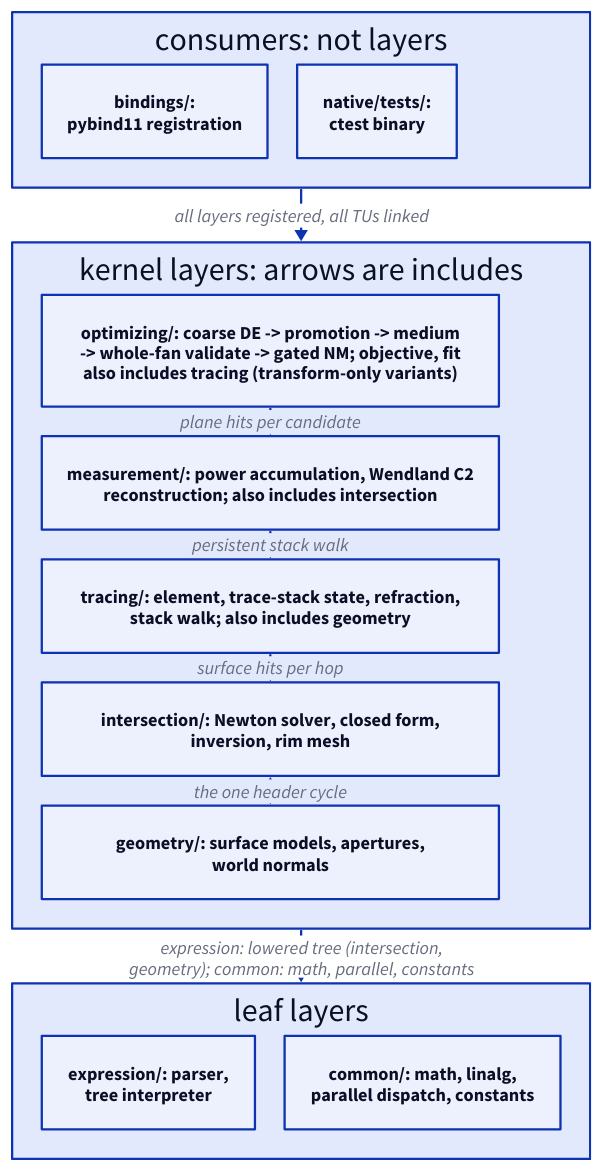
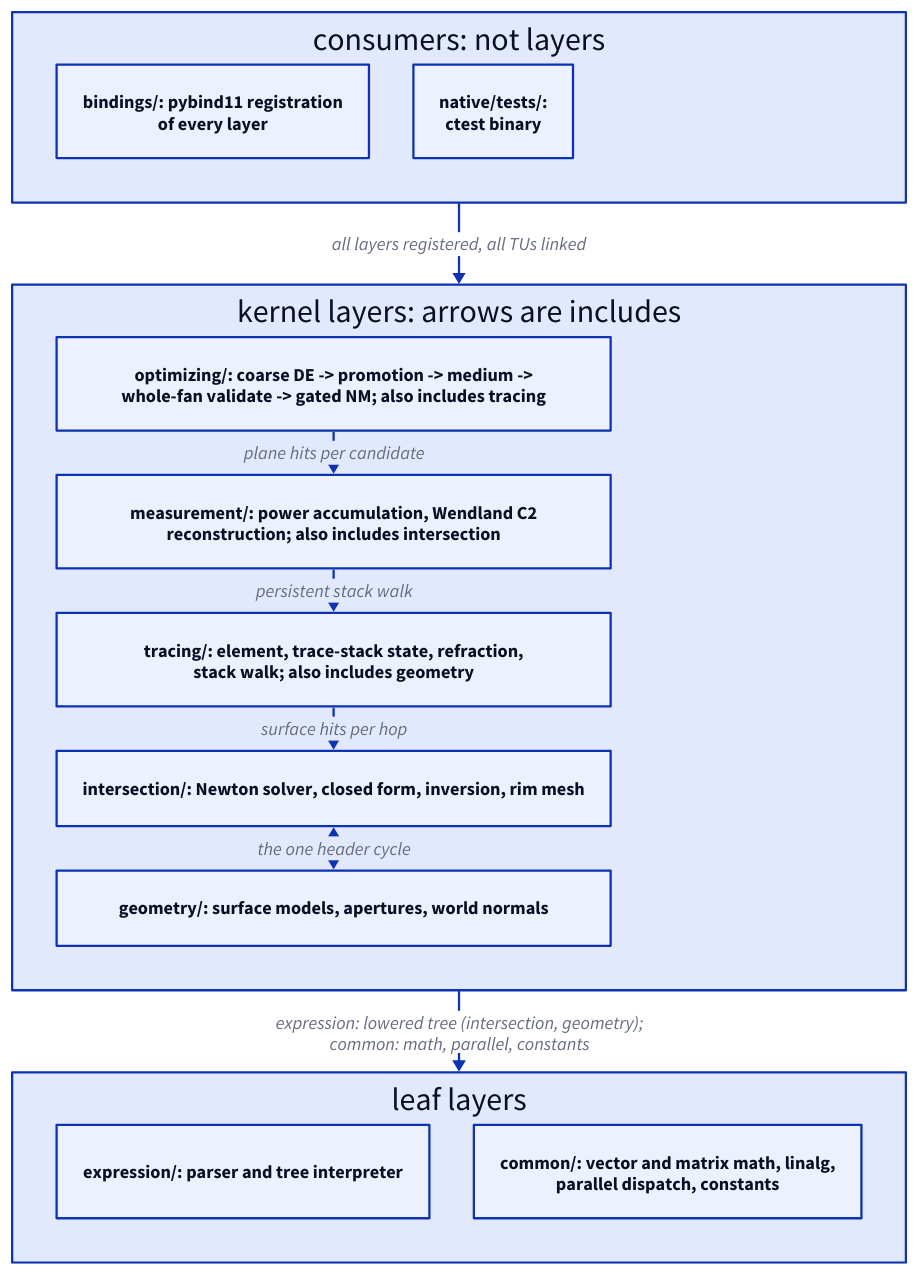
Before and after one commit to propane865/OpticsSimulator: the diagram in docs/diagrams/native-modules.d2, drawn with D2. The commit also changed 11 other files, not shown here.

Commit message:
docs: rescale diagrams

```diff
--- a/docs/diagrams/native-modules.d2
+++ b/docs/diagrams/native-modules.d2
@@ -1,34 +1,34 @@
 grid-rows: 3
-grid-gap: 48
+grid-gap: 72
 
 consumers: "consumers: not layers" {
   grid-columns: 2
-  grid-gap: 26
-  bindings: "bindings/:\npybind11 registration"
+  grid-gap: 39
+  bindings: "bindings/: pybind11 registration\nof every layer"
   ntests: "native/tests/:\nctest binary"
 }
 
 kernels: "kernel layers: arrows are includes" {
   grid-rows: 5
-  grid-gap: 26
-  optimizing: "optimizing/: coarse DE -> promotion -> medium\n-> whole-fan validate -> gated NM; objective, fit\nalso includes tracing (transform-only variants)"
+  grid-gap: 39
+  optimizing: "optimizing/: coarse DE -> promotion -> medium ->\nwhole-fan validate -> gated NM; also includes tracing"
   measurement: "measurement/: power accumulation, Wendland C2\nreconstruction; also includes intersection"
   tracing: "tracing/: element, trace-stack state, refraction,\nstack walk; also includes geometry"
-  intersection: "intersection/: Newton solver, closed form,\ninversion, rim mesh"
-  geometry: "geometry/: surface models, apertures,\nworld normals"
+  intersection: "intersection/: Newton solver, closed form, inversion, rim mesh"
+  geometry: "geometry/: surface models, apertures, world normals"
 
   optimizing -> measurement: "plane hits per candidate"
   measurement -> tracing: persistent stack walk
   tracing -> intersection: surface hits per hop
   intersection <-> geometry: the one header cycle
 }
 
 base: "leaf layers" {
   grid-columns: 2
-  grid-gap: 26
-  expression: "expression/: parser,\ntree interpreter"
-  common: "common/: math, linalg,\nparallel dispatch, constants"
+  grid-gap: 39
+  expression: "expression/: parser and tree interpreter"
+  common: "common/: vector and matrix math, linalg,\nparallel dispatch, constants"
 }
 
 consumers -> kernels: "all layers registered, all TUs linked"
-kernels -> base: "expression: lowered tree (intersection,\ngeometry); common: math, parallel, constants"
+kernels -> base: "expression: lowered tree (intersection, geometry);\ncommon: math, parallel, constants"
```
